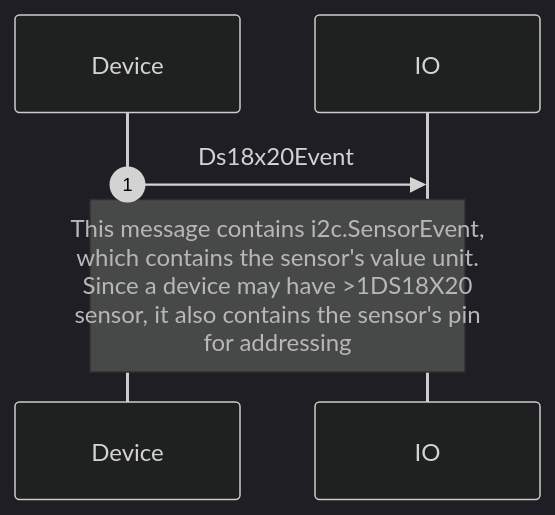
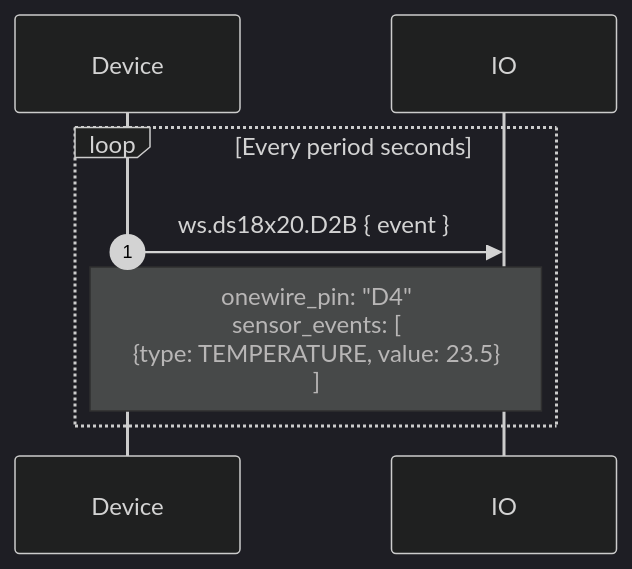
Before and after one commit to adafruit/Wippersnapper_Protobuf: the third of 3 diagrams in proto/wippersnapper/docs/ds18x20.md, drawn with Mermaid (dark theme). The commit also changed other lines of this file and 10 other files, not shown here.

````diff
--- a/proto/wippersnapper/docs/ds18x20.md
+++ b/proto/wippersnapper/docs/ds18x20.md
@@ -50,9 +78,9 @@
 ```mermaid
-
 sequenceDiagram
-
 autonumber
 
-Device->>IO: Ds18x20Event
-Note over Device,IO: This message contains i2c.SensorEvent,<br>which contains the sensor's value unit. <br> Since a device may have >1DS18X20 <br>sensor, it also contains the sensor's pin <br>for addressing
+loop Every period seconds
+    Device->>IO: ws.ds18x20.D2B { event }
+    Note over Device,IO: onewire_pin: "D4"<br/>sensor_events: [<br/>  {type: TEMPERATURE, value: 23.5}<br/>]
+end
 ```
````
